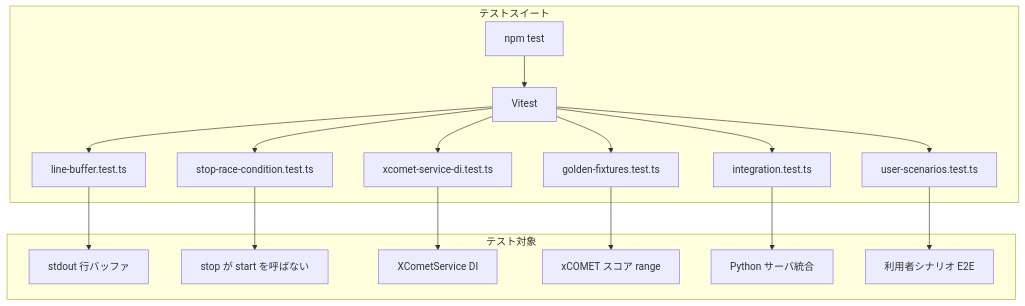
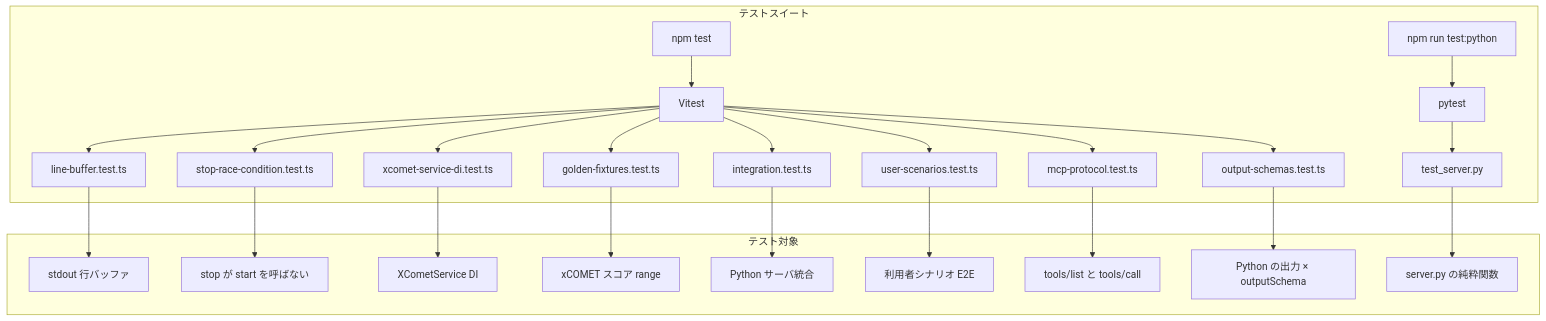
The first of 10 diagrams in tests/README.md (shuji-bonji/xcomet-mcp-server), drawn with Mermaid before and after one commit. The commit also changed other lines of this file and 3 other files, not shown here.

````diff
--- a/tests/README.md
+++ b/tests/README.md
@@ -7,21 +7,28 @@
 ```mermaid
 graph TD
     subgraph "テストスイート"
         A[npm test] --> B[Vitest]
         B --> C[line-buffer.test.ts]
         B --> D[stop-race-condition.test.ts]
         B --> E[xcomet-service-di.test.ts]
         B --> F[golden-fixtures.test.ts]
         B --> G[integration.test.ts]
         B --> H[user-scenarios.test.ts]
+        B --> I[mcp-protocol.test.ts]
+        B --> J[output-schemas.test.ts]
+        K[npm run test:python] --> L[pytest]
+        L --> M[test_server.py]
     end
 
     subgraph "テスト対象"
         C --> C1[stdout 行バッファ]
         D --> D1[stop が start を呼ばない]
         E --> E1[XCometService DI]
         F --> F1[xCOMET スコア range]
         G --> G1[Python サーバ統合]
         H --> H1[利用者シナリオ E2E]
+        I --> I1[tools/list と tools/call]
+        J --> J1[Python の出力 × outputSchema]
+        M --> M1[server.py の純粋関数]
     end
 ```
````
